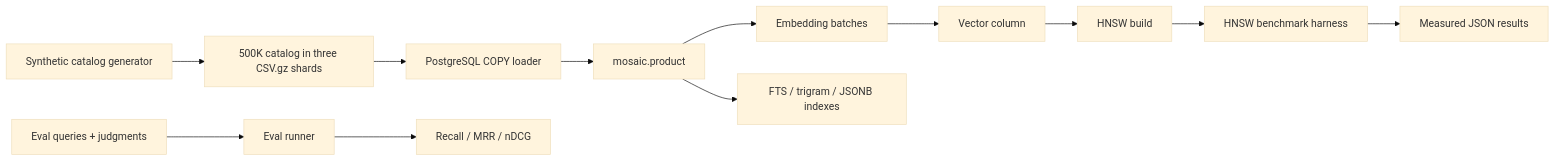
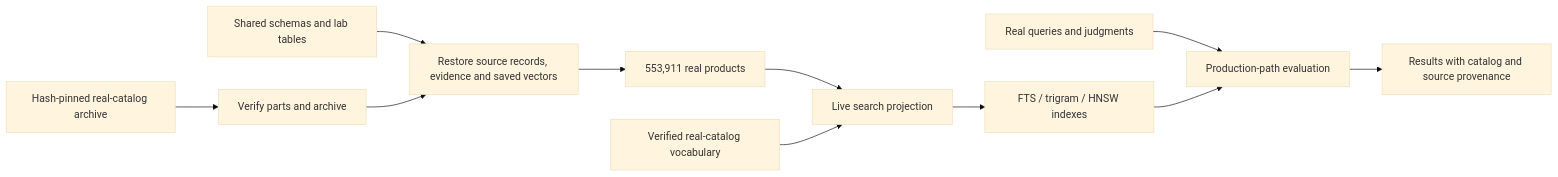
The second of 2 diagrams in docs/architecture.md (aws-samples/sample-agentic-hybrid-retrieval-aurora-postgresql), drawn with Mermaid (base theme) before and after one commit. The commit also changed other lines of this file and 25 other files, not shown here.

Commit message:
Clarify Mosaic docs and guard historical catalog tooling

````diff
--- a/docs/architecture.md
+++ b/docs/architecture.md
@@ -58,14 +58,13 @@
 ```mermaid
 flowchart LR
-    G[Synthetic catalog generator] --> C[500K catalog in three CSV.gz shards]
-    C --> LOAD[PostgreSQL COPY loader]
-    LOAD --> P[mosaic.product]
-    P --> E[Embedding batches]
-    E --> V[Vector column]
-    V --> I[HNSW build]
-    P --> X[FTS / trigram / JSONB indexes]
-    Q[Eval queries + judgments] --> RUN[Eval runner]
-    RUN --> M[Recall / MRR / nDCG]
-    I --> B[HNSW benchmark harness]
-    B --> R[Measured JSON results]
+    A[Hash-pinned real-catalog archive] --> VERIFY[Verify parts and archive]
+    SCHEMA[Shared schemas and lab tables] --> RESTORE[Restore source records, evidence and saved vectors]
+    VERIFY --> RESTORE
+    RESTORE --> P[553,911 real products]
+    P --> V[Live search projection]
+    V --> I[FTS / trigram / HNSW indexes]
+    VOCAB[Verified real-catalog vocabulary] --> V
+    Q[Real queries and judgments] --> RUN[Production-path evaluation]
+    I --> RUN
+    RUN --> M[Results with catalog and source provenance]
 ```
````
